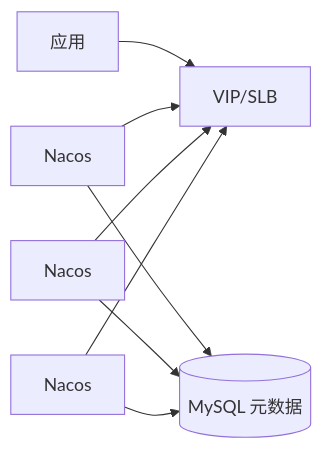
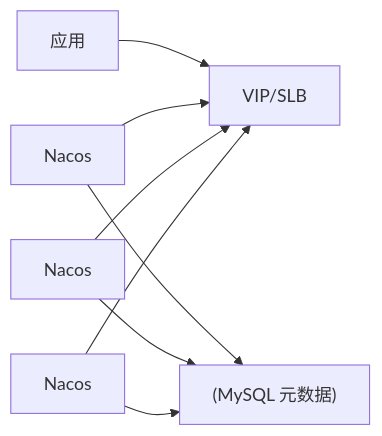
One commit to Aiden-Coding/AiDocs changed the third of 3 diagrams in docs/java/spring/cloud/23-nacos-config-advanced.md. Above: the diagram before and after it, drawn with Mermaid. The commit also changed other lines of this file and 97 other files, not shown here.

````diff
--- a/docs/java/spring/cloud/23-nacos-config-advanced.md
+++ b/docs/java/spring/cloud/23-nacos-config-advanced.md
@@ -187,10 +187,10 @@
 ```mermaid
 flowchart LR
-    C1[Nacos] --> VIP[VIP/SLB]
+    C1[Nacos] --> VIP["VIP/SLB"]
     C2[Nacos] --> VIP
     C3[Nacos] --> VIP
-    C1 --> DB[(MySQL 元数据)]
+    C1 --> DB["(MySQL 元数据)"]
     C2 --> DB
     C3 --> DB
     App[应用] --> VIP
 ```
````
